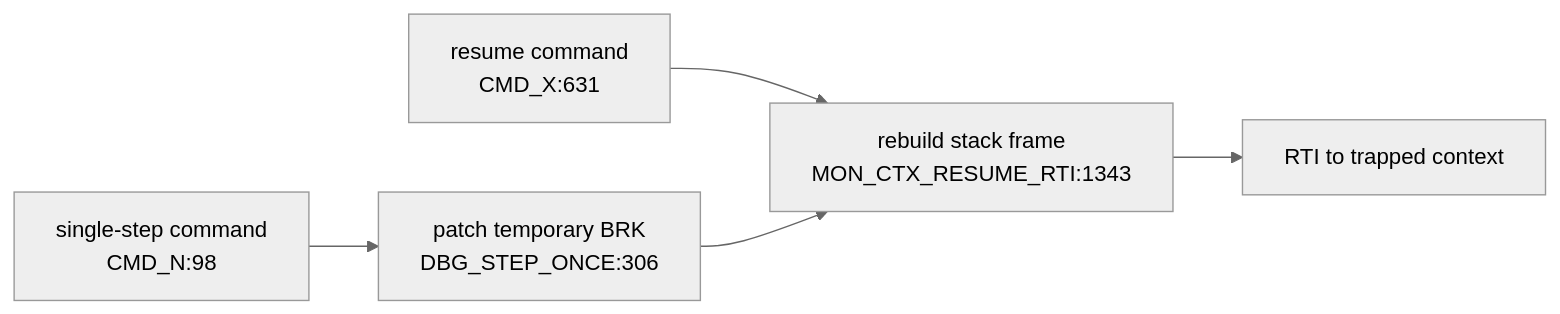
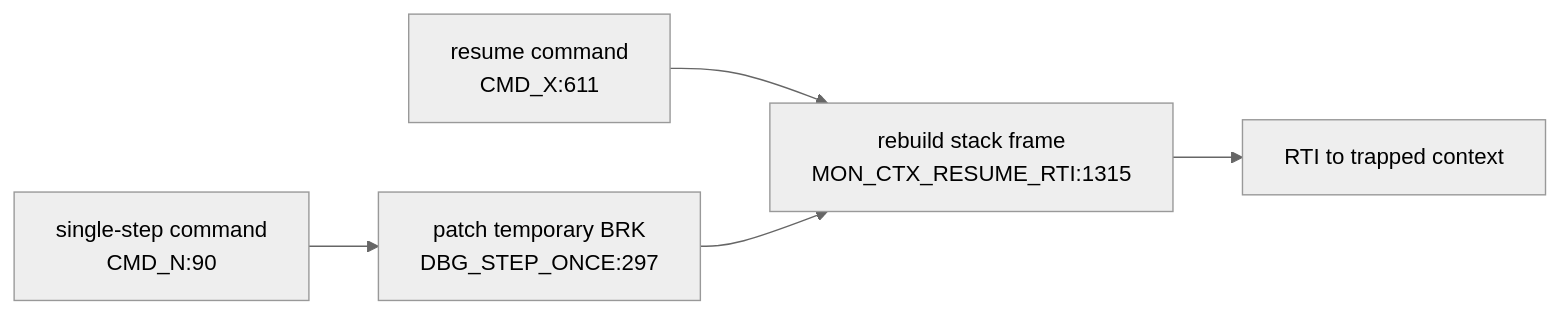
One commit to 95westus/R-YORS changed the sixth of 6 diagrams in DOC/GENERATED/INTERRUPT_VECTOR_MAP.md. Above: the diagram before and after it, drawn with Mermaid (neutral theme). The commit also changed other lines of this file and 53 other files, not shown here.

````diff
--- a/DOC/GENERATED/INTERRUPT_VECTOR_MAP.md
+++ b/DOC/GENERATED/INTERRUPT_VECTOR_MAP.md
@@ -92,7 +92,7 @@
 ```mermaid
 flowchart LR
-    CMDX["resume command<br/>CMD_X:631"] --> RESUME["rebuild stack frame<br/>MON_CTX_RESUME_RTI:1343"]
-    CMDN["single-step command<br/>CMD_N:98"] --> STEP["patch temporary BRK<br/>DBG_STEP_ONCE:306"]
+    CMDX["resume command<br/>CMD_X:611"] --> RESUME["rebuild stack frame<br/>MON_CTX_RESUME_RTI:1315"]
+    CMDN["single-step command<br/>CMD_N:90"] --> STEP["patch temporary BRK<br/>DBG_STEP_ONCE:297"]
     STEP --> RESUME
     RESUME --> RTIRES["RTI to trapped context"]
 ```
````
